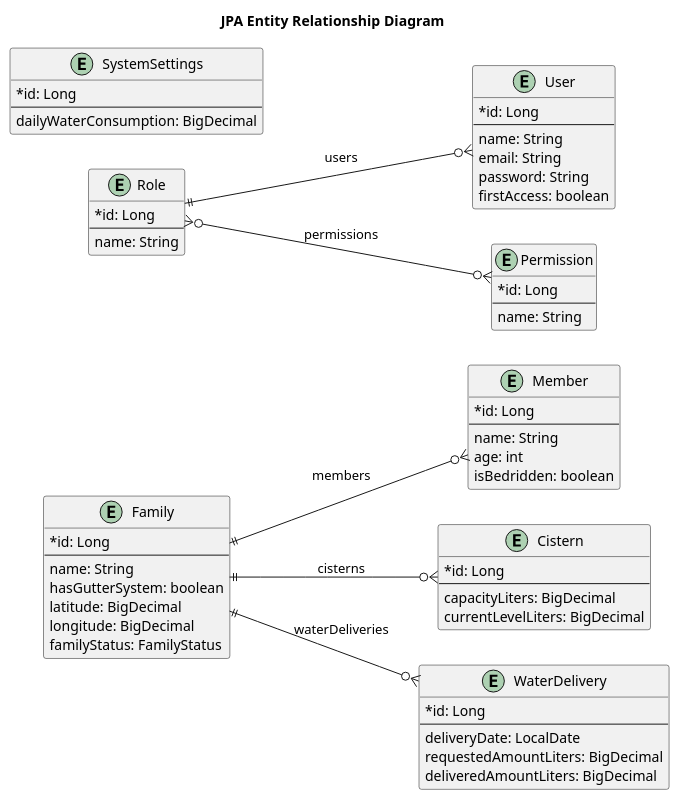
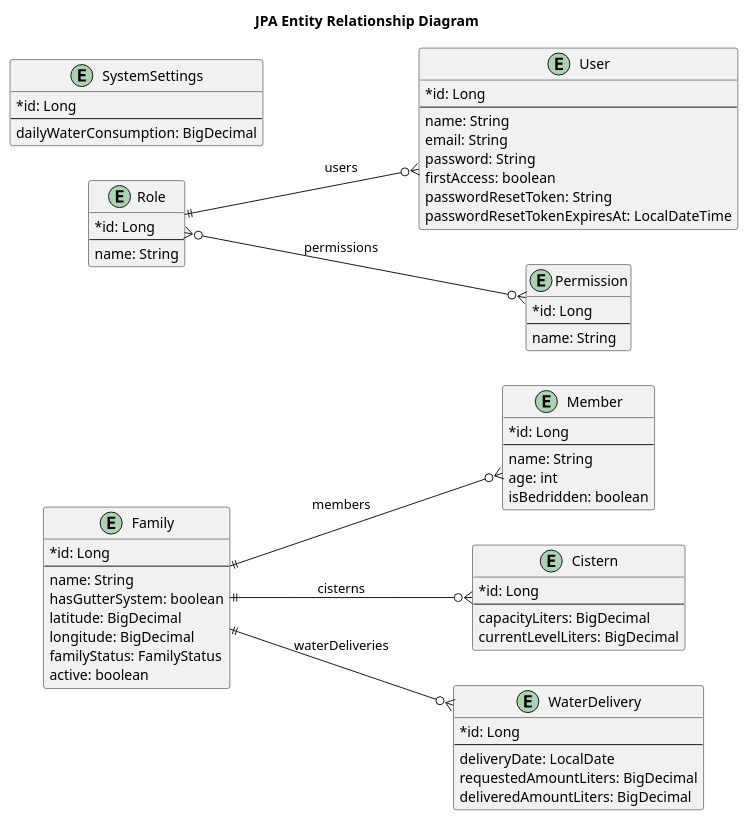
One commit to Lucasjapa/hydro-flow changed the diagram in docs/c4/code/entities.puml. Above: the diagram before and after it, drawn with PlantUML. The commit also changed 24 other files, not shown here.

```diff
--- a/docs/c4/code/entities.puml
+++ b/docs/c4/code/entities.puml
@@ -1,74 +1,77 @@
 @startuml entities
 title JPA Entity Relationship Diagram
 
 skinparam classAttributeIconSize 0
 left to right direction
 hide empty methods
 
 entity Family {
   *id: Long
   --
   name: String
   hasGutterSystem: boolean
   latitude: BigDecimal
   longitude: BigDecimal
   familyStatus: FamilyStatus
+  active: boolean
 }
 
 entity Member {
   *id: Long
   --
   name: String
   age: int
   isBedridden: boolean
 }
 
 entity Cistern {
   *id: Long
   --
   capacityLiters: BigDecimal
   currentLevelLiters: BigDecimal
 }
 
 entity WaterDelivery {
   *id: Long
   --
   deliveryDate: LocalDate
   requestedAmountLiters: BigDecimal
   deliveredAmountLiters: BigDecimal
 }
 
 entity User {
   *id: Long
   --
   name: String
   email: String
   password: String
   firstAccess: boolean
+  passwordResetToken: String
+  passwordResetTokenExpiresAt: LocalDateTime
 }
 
 entity Role {
   *id: Long
   --
   name: String
 }
 
 entity Permission {
   *id: Long
   --
   name: String
 }
 
 entity SystemSettings {
   *id: Long
   --
   dailyWaterConsumption: BigDecimal
 }
 
 Family ||--o{ Member : members
 Family ||--o{ Cistern : cisterns
 Family ||--o{ WaterDelivery : waterDeliveries
 Role ||--o{ User : users
 Role }o--o{ Permission : permissions
 
 @enduml
```
